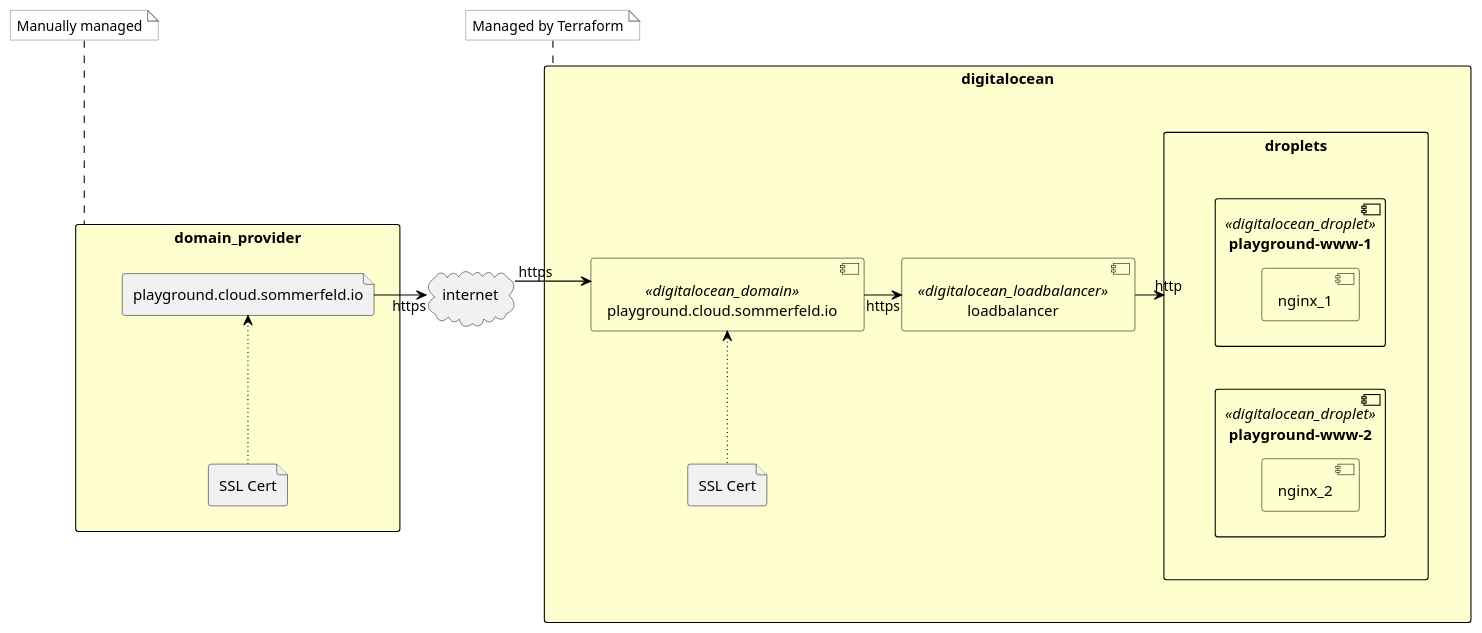
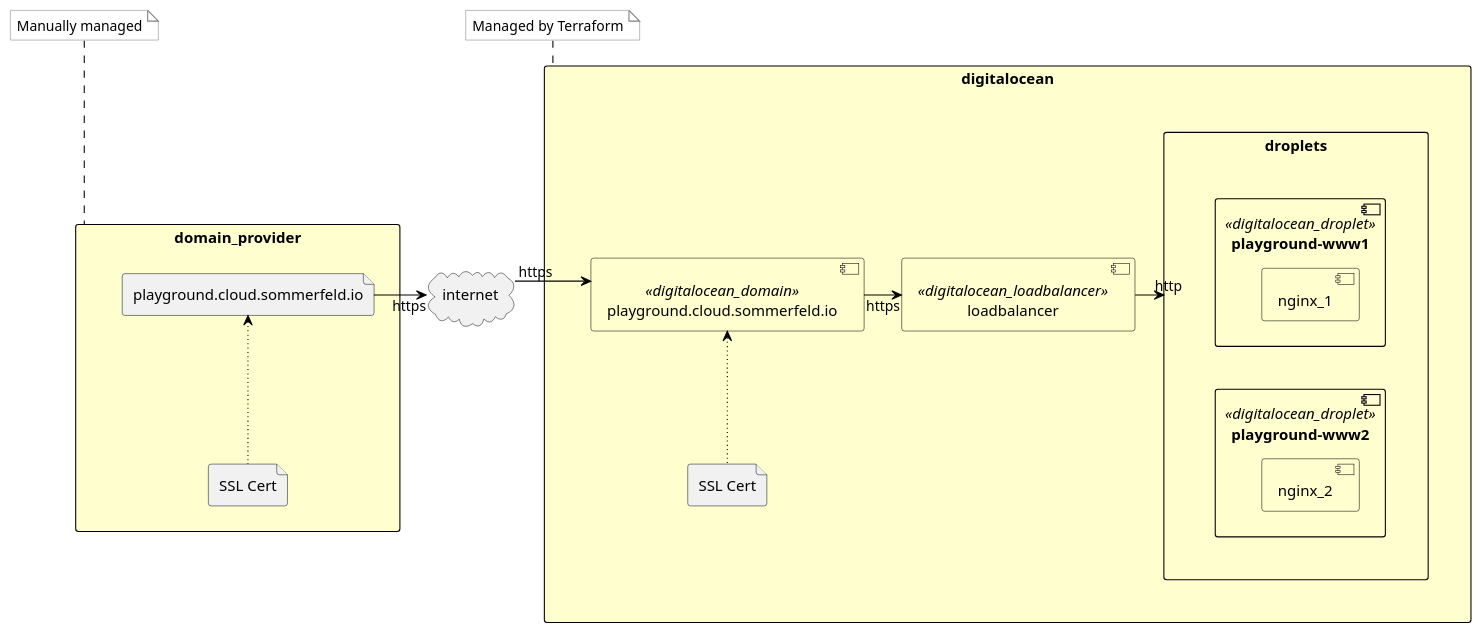
One commit to sebastian-sommerfeld-io/playgrounds changed the diagram in docs/modules/ROOT/pages/terraform/digitalocean.adoc. Above: the diagram before and after it, drawn with PlantUML. The commit also changed other lines of this file and 6 other files, not shown here.

Commit message:
feat: generates diagram for terraform configuration

```diff
--- a/docs/modules/ROOT/pages/terraform/digitalocean.adoc
+++ b/docs/modules/ROOT/pages/terraform/digitalocean.adoc
@@ -31,59 +32,59 @@
 [plantuml, rendered-plantuml-image, svg]
 ----
 @startuml
 
 skinparam linetype ortho
 skinparam monochrome false
 skinparam componentStyle uml2
 skinparam backgroundColor transparent
 skinparam ArrowColor black
 skinparam FrameBackgroundColor #fff
 skinparam CollectionsBackgroundColor #fefece
 skinparam CollectionsBorderColor black
 skinparam ComponentBorderColor black
 skinparam ComponentBackgroundColor #fefece
 skinparam RectangleBorderColor black
 skinparam RectangleBackgroundColor #fefece
 skinparam QueueBorderColor black
 skinparam NoteBorderColor Grey
 skinparam NoteBackgroundColor #fff
 skinparam defaultTextAlignment center
 skinparam activity {
   FontName Ubuntu
 }
 
 rectangle digitalocean {
     rectangle droplets {
-        component www_1 as "playground-www-1" <<digitalocean_droplet>> {
+        component www_1 as "playground-www1" <<digitalocean_droplet>> {
             component nginx_1
         }
-        component www_2 as "playground-www-2" <<digitalocean_droplet>> {
+        component www_2 as "playground-www2" <<digitalocean_droplet>> {
             component nginx_2
         }
     }
     component domain as "playground.cloud.sommerfeld.io" <<digitalocean_domain>>
     component loadbalancer <<digitalocean_loadbalancer>>
     file ssl_cert_2 as "SSL Cert"
 }
 
 rectangle domain_provider {
     file url as "playground.cloud.sommerfeld.io"
     file ssl_cert_1 as "SSL Cert"
 }
 cloud internet
 
 url -right-> internet: https
 internet -right-> domain: https
 domain -right-> loadbalancer: https
 loadbalancer -> droplets: http
 
 www_1 -[hidden]down-> www_2
 
 ssl_cert_1 ~up~> url
 ssl_cert_2 ~up~> domain
 
 note top of domain_provider: Manually managed
 note top of digitalocean: Managed by Terraform
 
 @enduml
 ----
```
